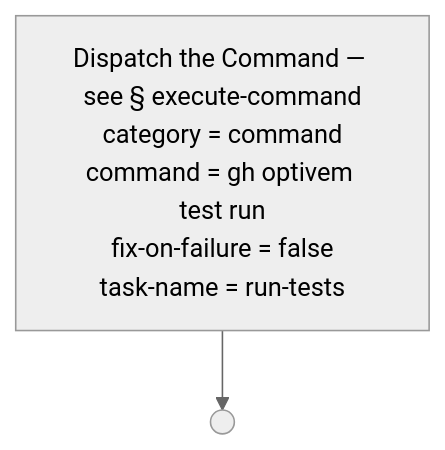
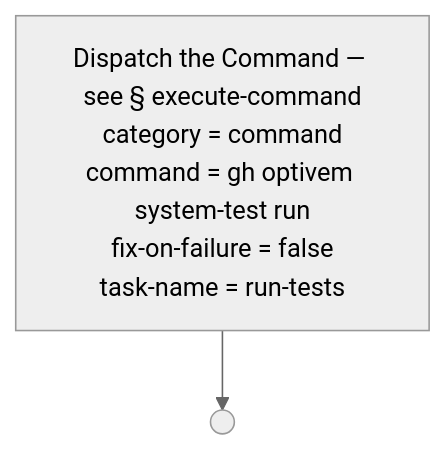
Before and after one commit to optivem/gh-optivem: diagram 40 of 54 in docs/process-diagram.md, drawn with Mermaid (neutral theme). The commit also changed other lines of this file and 4 other files, not shown here.

Commit message:
atdd: regenerate process-flow diagram

````diff
--- a/docs/process-diagram.md
+++ b/docs/process-diagram.md
@@ -712,7 +712,7 @@
 ```mermaid
 flowchart TD
-    EXECUTE_COMMAND["Dispatch the Command — see § execute-command<br/>category = command<br/>command = gh optivem test run<br/>fix-on-failure = false<br/>task-name = run-tests"]
+    EXECUTE_COMMAND["Dispatch the Command — see § execute-command<br/>category = command<br/>command = gh optivem system-test run<br/>fix-on-failure = false<br/>task-name = run-tests"]
     RUN_TESTS_END(( ))
 
     EXECUTE_COMMAND --> RUN_TESTS_END
 ```
````
